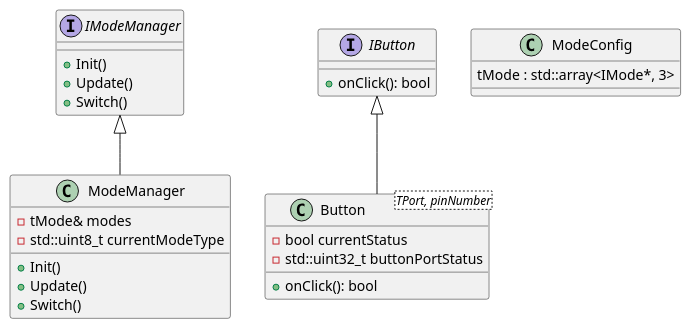
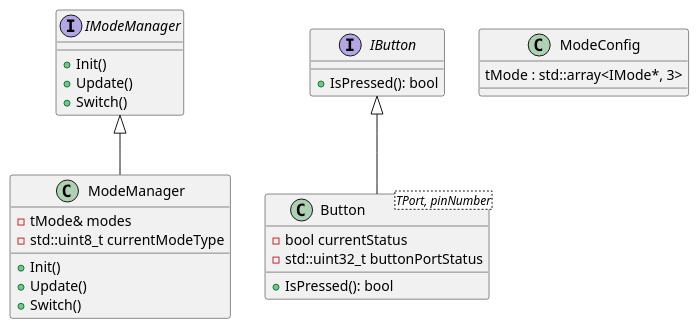
The diagram in 5-6.adoc (ZaKBin/LABS), drawn with PlantUML before and after one commit. The commit also changed other lines of this file and 11 other files, not shown here.

```diff
--- a/5-6.adoc
+++ b/5-6.adoc
@@ -30,37 +30,35 @@
 [plantuml]
 ----
-@startuml
-
 interface IModeManager {
   + Init()
   + Update()
   + Switch()
 }
 
 interface IButton {
-  + onClick(): bool
+  + IsPressed(): bool
 }
 
 class ModeManager {
   - tMode& modes
   - std::uint8_t currentModeType
   + Init()
   + Update()
   + Switch()
 }
 
 class Button<TPort, pinNumber> {
   - bool currentStatus
   - std::uint32_t buttonPortStatus
-  + onClick(): bool
+  + IsPressed(): bool
 }
 
 class ModeConfig {
   tMode : std::array<IMode*, 3>
 }
 
 IModeManager <|-- ModeManager
 IButton <|-- Button
 
 @enduml
 ----
```
